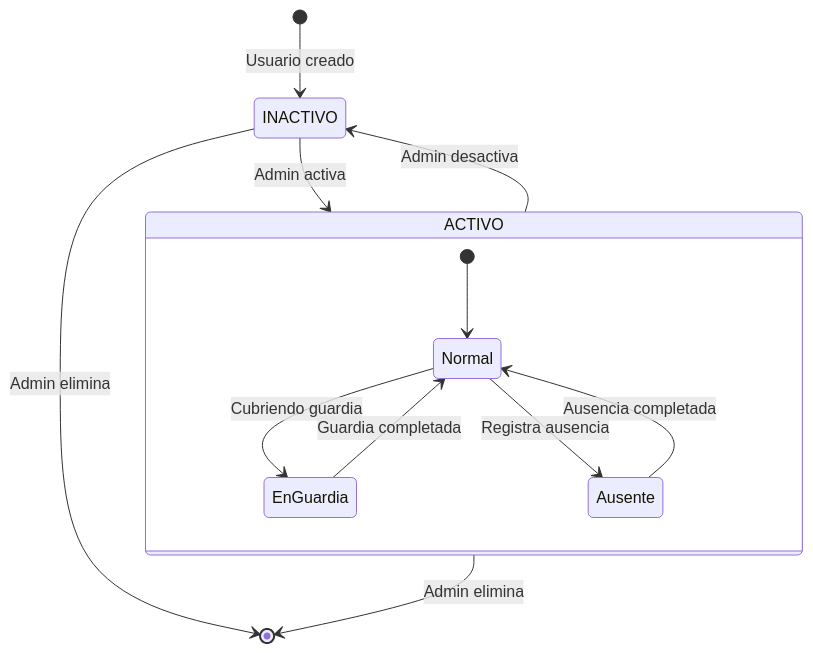
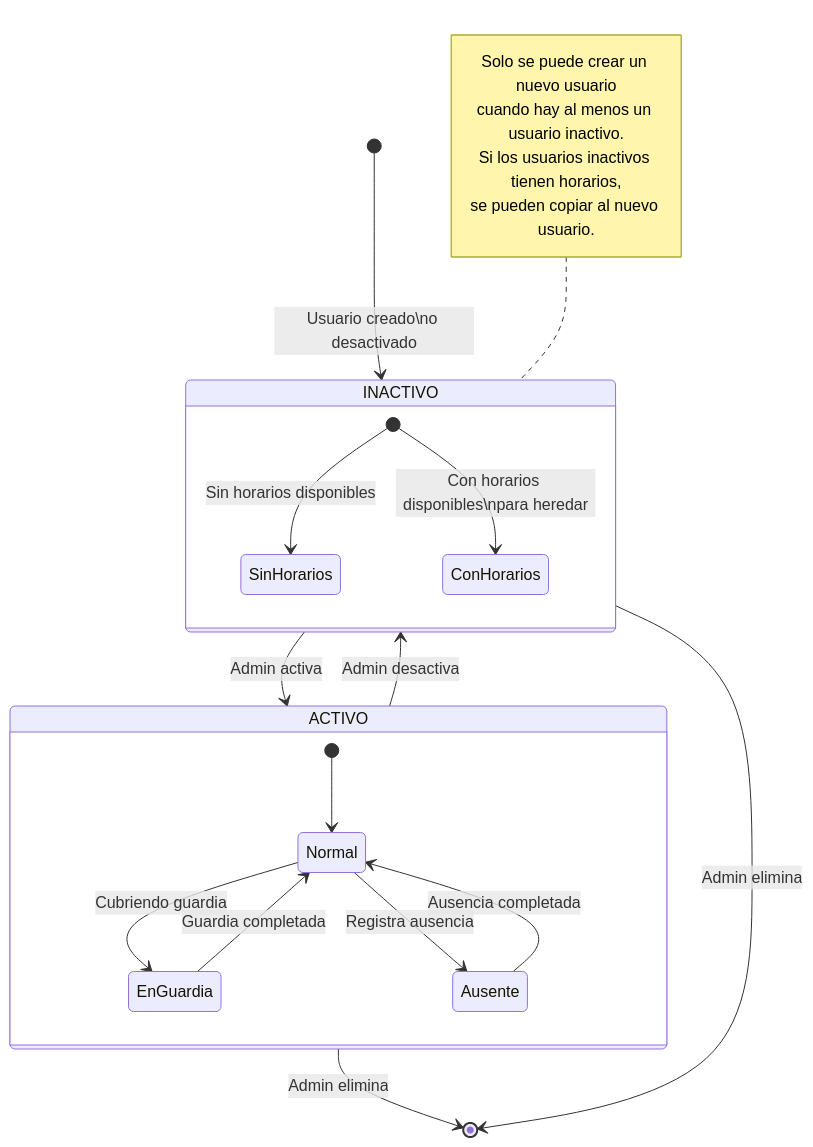
Before and after one commit to RGiskard7/gestion-guardias: the third of 4 diagrams in doc/DIAGRAMAS-ESTADOS.md, drawn with Mermaid. The commit also changed other lines of this file and 7 other files, not shown here.

Commit message:
feat: implementa sistema de autenticación con bcrypt, mejora gestión de horarios y soluciona visualización en modo oscuro

````diff
--- a/doc/DIAGRAMAS-ESTADOS.md
+++ b/doc/DIAGRAMAS-ESTADOS.md
@@ -92,16 +92,28 @@
 ```mermaid
 stateDiagram-v2
-    [*] --> INACTIVO: Usuario creado
+    [*] --> INACTIVO: Usuario creado\no desactivado
     INACTIVO --> ACTIVO: Admin activa
     ACTIVO --> INACTIVO: Admin desactiva
     ACTIVO --> [*]: Admin elimina
     INACTIVO --> [*]: Admin elimina
     
     state ACTIVO {
         [*] --> Normal
         Normal --> EnGuardia: Cubriendo guardia
         EnGuardia --> Normal: Guardia completada
         Normal --> Ausente: Registra ausencia
         Ausente --> Normal: Ausencia completada
     }
+    
+    state INACTIVO {
+        [*] --> SinHorarios: Sin horarios disponibles
+        [*] --> ConHorarios: Con horarios disponibles\npara heredar
+    }
+
+    note left of INACTIVO
+      Solo se puede crear un nuevo usuario
+      cuando hay al menos un usuario inactivo.
+      Si los usuarios inactivos tienen horarios,
+      se pueden copiar al nuevo usuario.
+    end note
 ```
````
